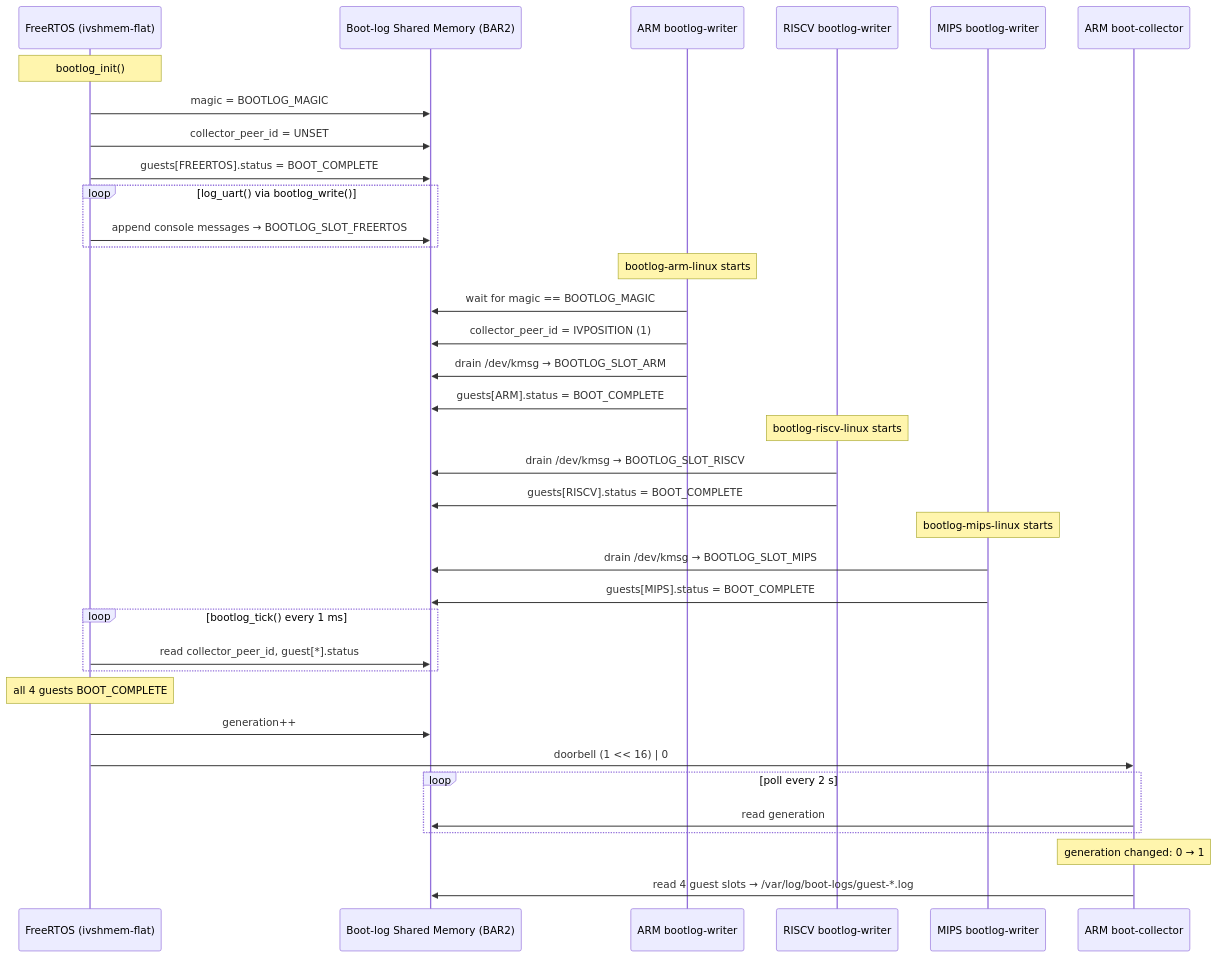
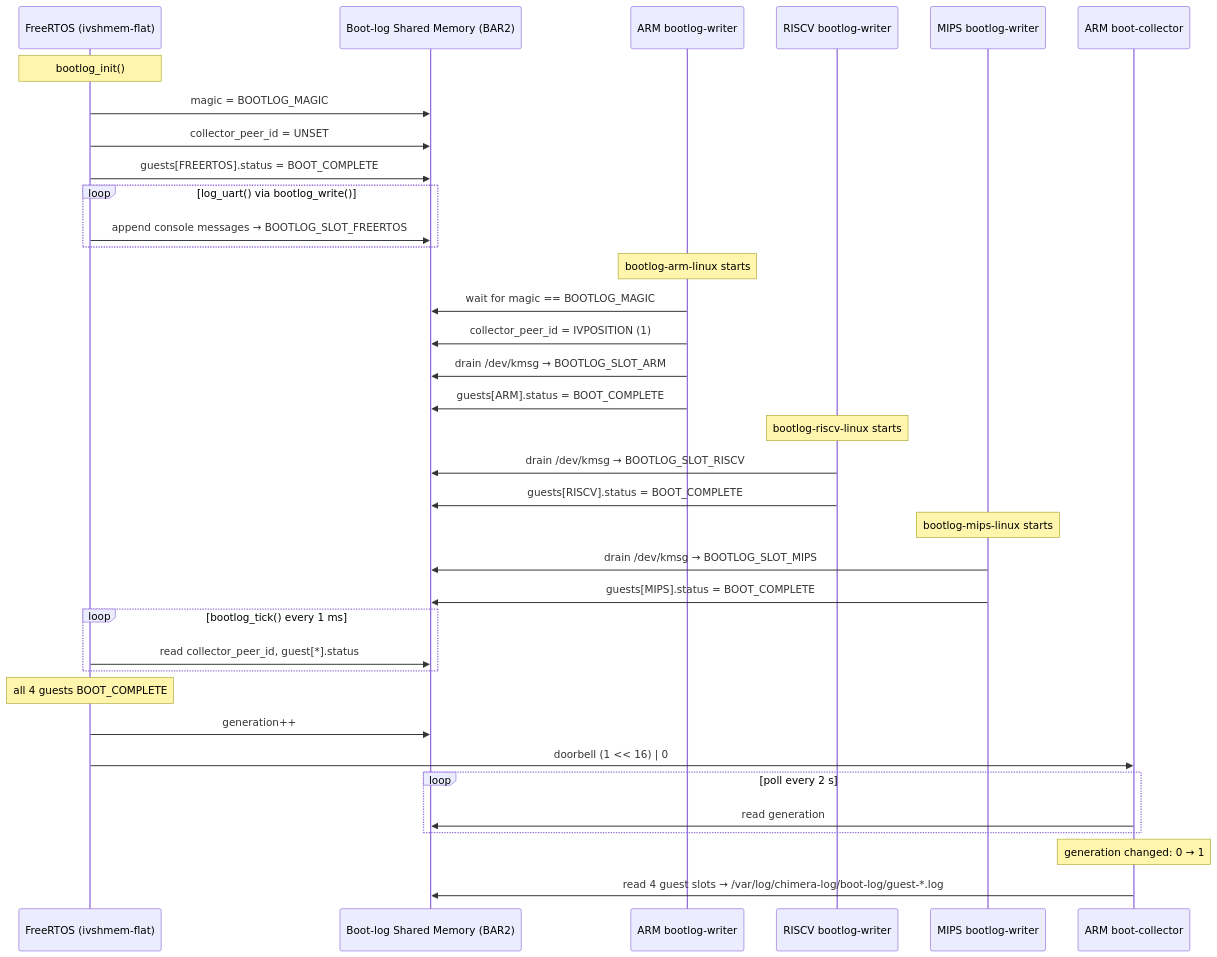
The first of 3 diagrams in README.md (yhsung/chimera), drawn with Mermaid before and after one commit. The commit also changed other lines of this file and 5 other files, not shown here.

First line of the commit message:
refactor: route chimera cross-domain log through FreeRTOS stats snapshot

````diff
--- a/README.md
+++ b/README.md
@@ -91,47 +91,47 @@
 ```mermaid
 sequenceDiagram
     participant FW as FreeRTOS (ivshmem-flat)
     participant SHM as Boot-log Shared Memory (BAR2)
     participant ARM_W as ARM bootlog-writer
     participant R_W as RISCV bootlog-writer
     participant M_W as MIPS bootlog-writer
     participant COL as ARM boot-collector
 
     Note over FW: bootlog_init()
     FW->>SHM: magic = BOOTLOG_MAGIC
     FW->>SHM: collector_peer_id = UNSET
     FW->>SHM: guests[FREERTOS].status = BOOT_COMPLETE
 
     loop log_uart() via bootlog_write()
         FW->>SHM: append console messages → BOOTLOG_SLOT_FREERTOS
     end
 
     Note over ARM_W: bootlog-arm-linux starts
     ARM_W->>SHM: wait for magic == BOOTLOG_MAGIC
     ARM_W->>SHM: collector_peer_id = IVPOSITION (1)
     ARM_W->>SHM: drain /dev/kmsg → BOOTLOG_SLOT_ARM
     ARM_W->>SHM: guests[ARM].status = BOOT_COMPLETE
 
     Note over R_W: bootlog-riscv-linux starts
     R_W->>SHM: drain /dev/kmsg → BOOTLOG_SLOT_RISCV
     R_W->>SHM: guests[RISCV].status = BOOT_COMPLETE
 
     Note over M_W: bootlog-mips-linux starts
     M_W->>SHM: drain /dev/kmsg → BOOTLOG_SLOT_MIPS
     M_W->>SHM: guests[MIPS].status = BOOT_COMPLETE
 
     loop bootlog_tick() every 1 ms
         FW->>SHM: read collector_peer_id, guest[*].status
     end
 
     Note over FW: all 4 guests BOOT_COMPLETE
     FW->>SHM: generation++
     FW->>COL: doorbell (1 << 16) | 0
 
     loop poll every 2 s
         COL->>SHM: read generation
     end
 
     Note over COL: generation changed: 0 → 1
-    COL->>SHM: read 4 guest slots → /var/log/boot-logs/guest-*.log
+    COL->>SHM: read 4 guest slots → /var/log/chimera-log/boot-log/guest-*.log
 ```
````
